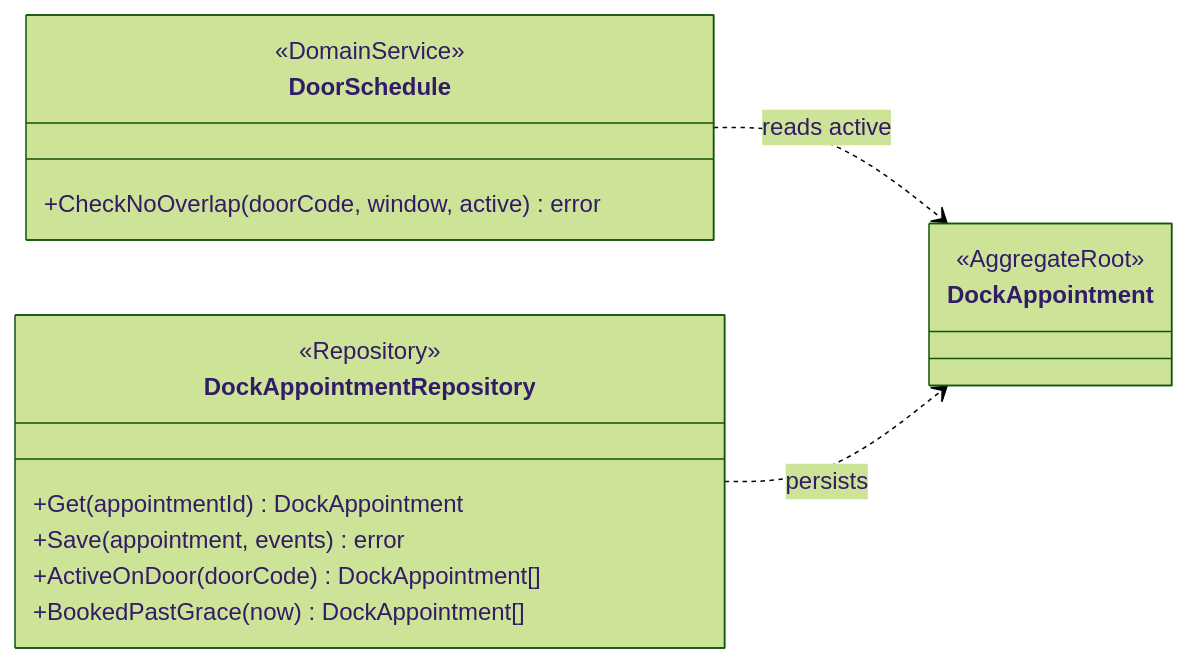
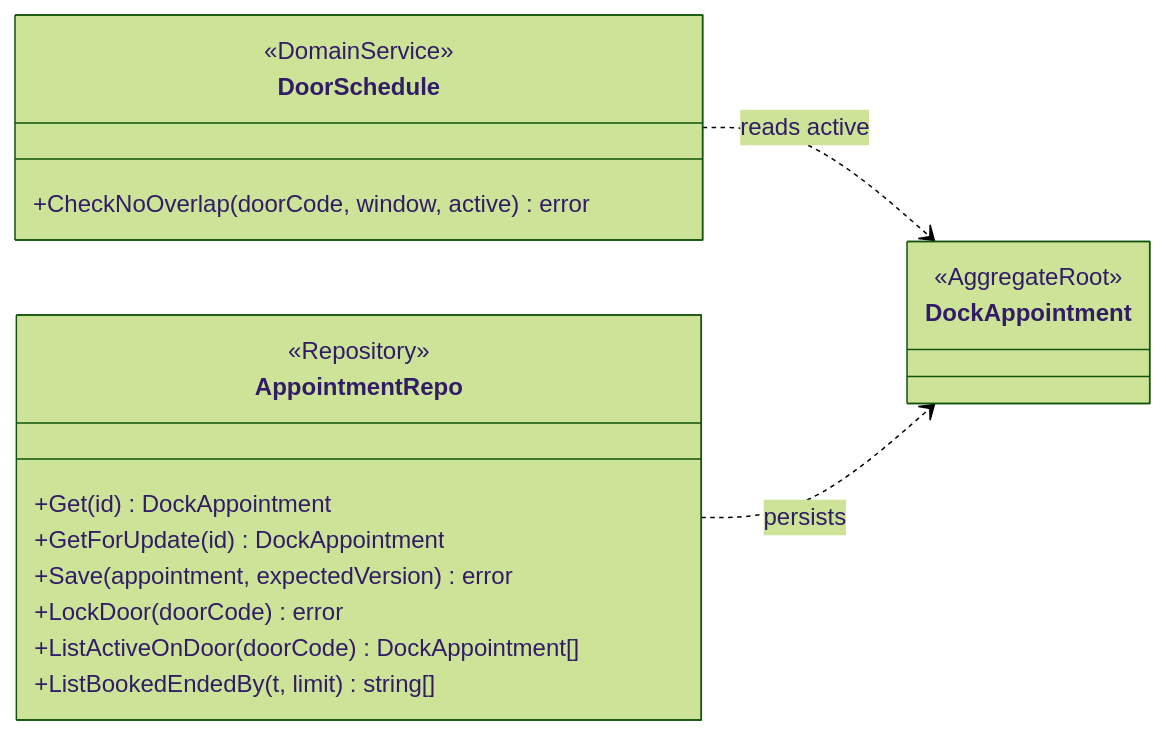
Before and after one commit to IQVO/warehouse-docs: the third of 9 diagrams in yard/docs/contexts/dock-scheduling/class-diagram.md, drawn with Mermaid (forest theme). The commit also changed other lines of this file and 51 other files, not shown here.

````diff
--- a/yard/docs/contexts/dock-scheduling/class-diagram.md
+++ b/yard/docs/contexts/dock-scheduling/class-diagram.md
@@ -124,20 +132,22 @@
 ```mermaid
 classDiagram
     direction LR
     class DockAppointment {
         <<AggregateRoot>>
     }
     class DoorSchedule {
         <<DomainService>>
         +CheckNoOverlap(doorCode, window, active) error
     }
-    class DockAppointmentRepository {
+    class AppointmentRepo {
         <<Repository>>
-        +Get(appointmentId) DockAppointment
-        +Save(appointment, events) error
-        +ActiveOnDoor(doorCode) DockAppointment[]
-        +BookedPastGrace(now) DockAppointment[]
+        +Get(id) DockAppointment
+        +GetForUpdate(id) DockAppointment
+        +Save(appointment, expectedVersion) error
+        +LockDoor(doorCode) error
+        +ListActiveOnDoor(doorCode) DockAppointment[]
+        +ListBookedEndedBy(t, limit) string[]
     }
     DoorSchedule ..> DockAppointment : reads active
-    DockAppointmentRepository ..> DockAppointment : persists
+    AppointmentRepo ..> DockAppointment : persists
 ```
````
